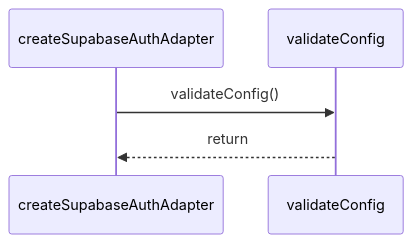
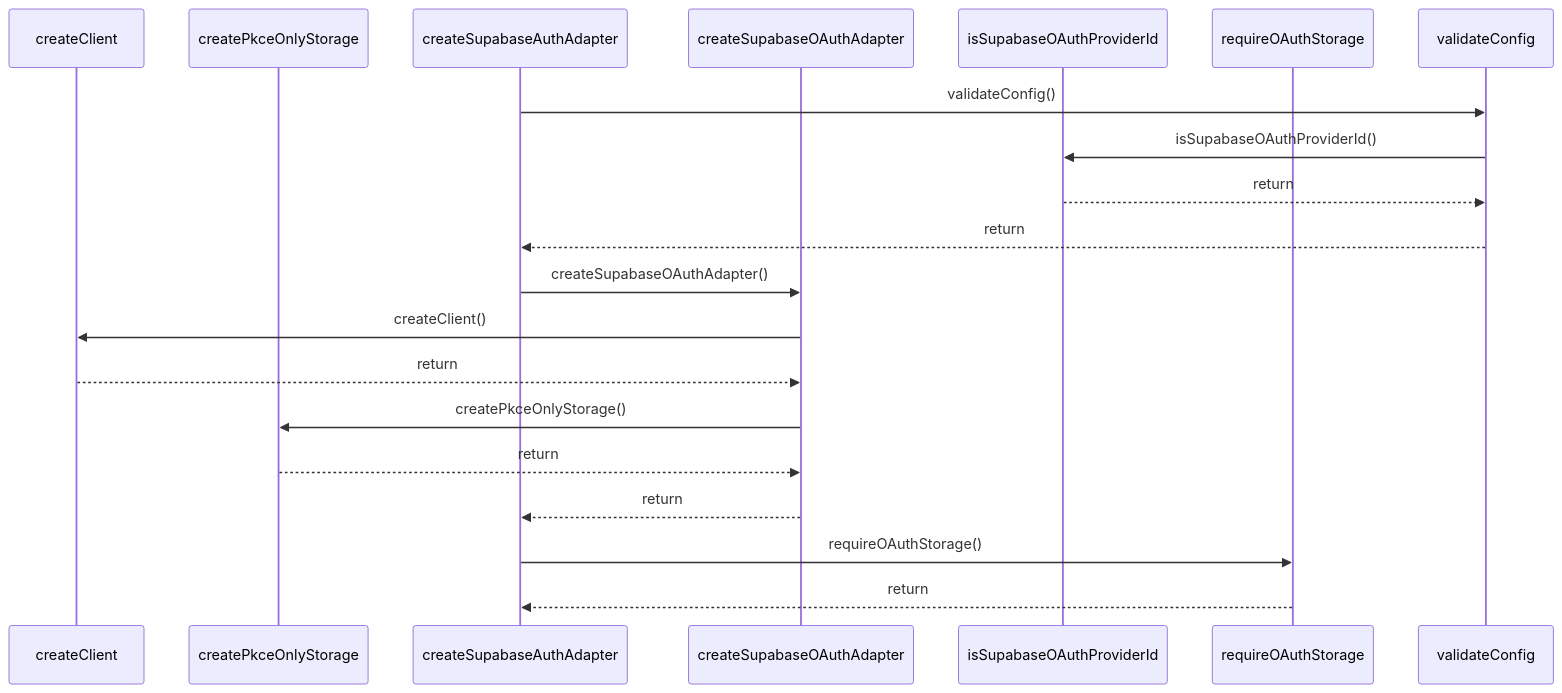
The diagram in paradox/diagrams/sequences/create-supabase-auth-adapter.mmd (ankhorage/supabase-auth), drawn with Mermaid before and after one commit. The commit also changed 10 other files, not shown here.

```diff
--- a/paradox/diagrams/sequences/create-supabase-auth-adapter.mmd
+++ b/paradox/diagrams/sequences/create-supabase-auth-adapter.mmd
@@ -1,5 +1,20 @@
 sequenceDiagram
+  participant participant_createClient as createClient
+  participant participant_createPkceOnlyStorage as createPkceOnlyStorage
   participant participant_createSupabaseAuthAdapter as createSupabaseAuthAdapter
+  participant participant_createSupabaseOAuthAdapter as createSupabaseOAuthAdapter
+  participant participant_isSupabaseOAuthProviderId as isSupabaseOAuthProviderId
+  participant participant_requireOAuthStorage as requireOAuthStorage
   participant participant_validateConfig as validateConfig
   participant_createSupabaseAuthAdapter->>participant_validateConfig: validateConfig()
+  participant_validateConfig->>participant_isSupabaseOAuthProviderId: isSupabaseOAuthProviderId()
+  participant_isSupabaseOAuthProviderId-->>participant_validateConfig: return
   participant_validateConfig-->>participant_createSupabaseAuthAdapter: return
+  participant_createSupabaseAuthAdapter->>participant_createSupabaseOAuthAdapter: createSupabaseOAuthAdapter()
+  participant_createSupabaseOAuthAdapter->>participant_createClient: createClient()
+  participant_createClient-->>participant_createSupabaseOAuthAdapter: return
+  participant_createSupabaseOAuthAdapter->>participant_createPkceOnlyStorage: createPkceOnlyStorage()
+  participant_createPkceOnlyStorage-->>participant_createSupabaseOAuthAdapter: return
+  participant_createSupabaseOAuthAdapter-->>participant_createSupabaseAuthAdapter: return
+  participant_createSupabaseAuthAdapter->>participant_requireOAuthStorage: requireOAuthStorage()
+  participant_requireOAuthStorage-->>participant_createSupabaseAuthAdapter: return
```
